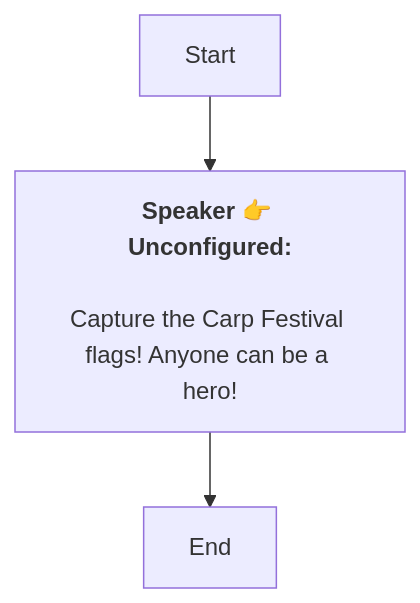
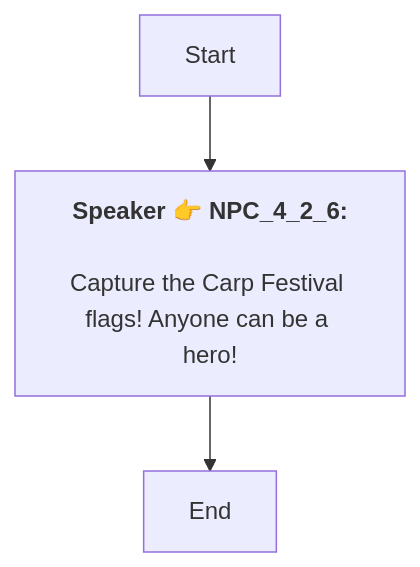
One commit to SoftHu/tos_avg changed the diagram in En/Dialog_54729890753122.md. Above: the diagram before and after it, drawn with Mermaid. The commit also changed 737 other files, not shown here.

````diff
--- a/En/Dialog_54729890753122.md
+++ b/En/Dialog_54729890753122.md
@@ -1,8 +1,7 @@
 ```mermaid
 graph
-Start -->1751356553502259[<b>Speaker 👉 Unconfigured:</b>
-
-Capture the Carp Festival flags! Anyone can be a hero!]
+Start -->1751356553502259[<b>Speaker 👉 NPC_4_2_6:</b>
+\nCapture the Carp Festival flags! Anyone can be a hero!]
 1751356553502259 -->1751356556630580[End]
 
- ```
+```
````
